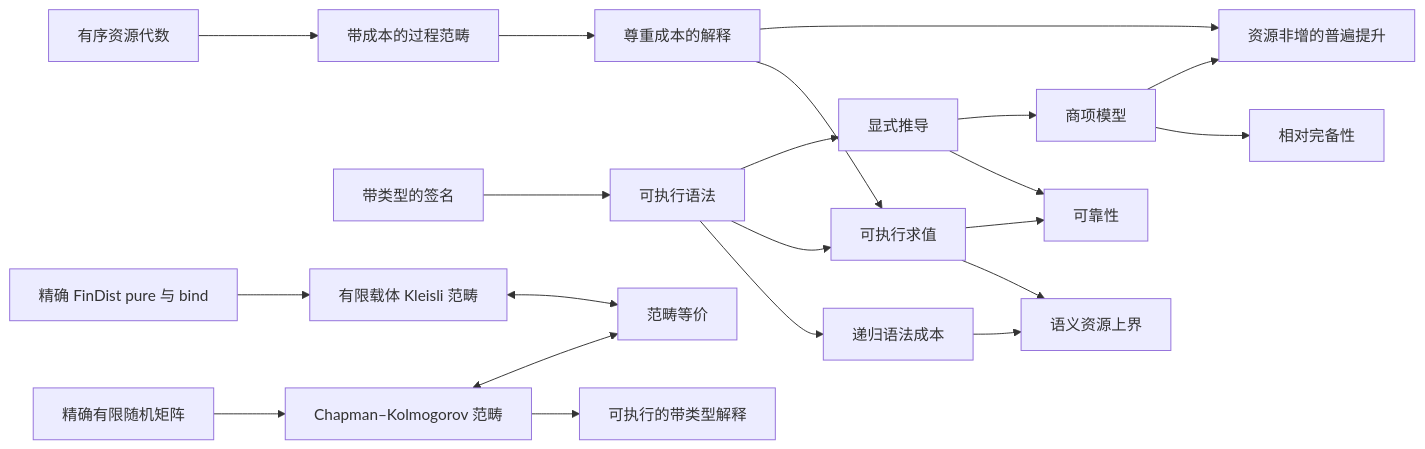
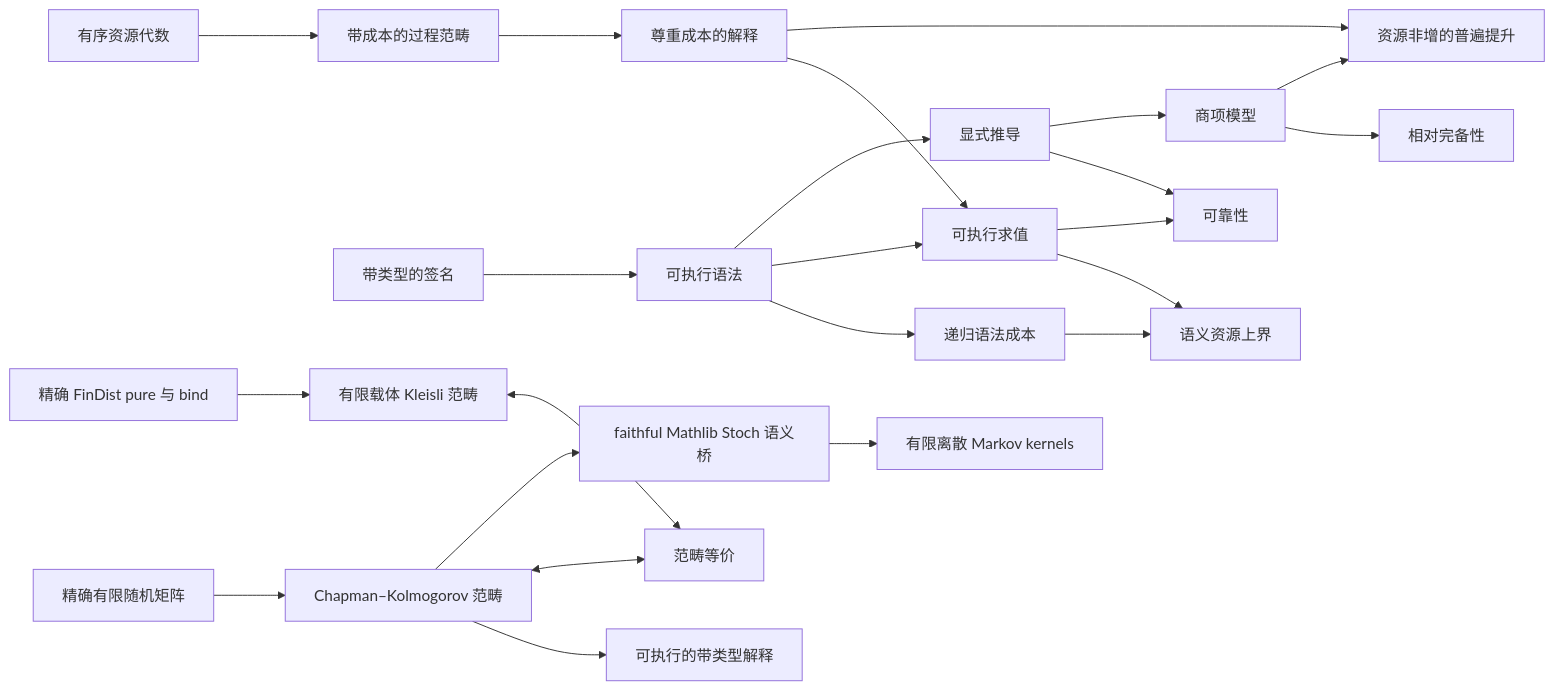
One commit to miuchan/ript changed the diagram in docs/README.zh-CN.md. Above: the diagram before and after it, drawn with Mermaid. The commit also changed other lines of this file and 10 other files, not shown here.

Commit message:
Prove the faithful Mathlib Stoch bridge (#5)

````diff
--- a/docs/README.zh-CN.md
+++ b/docs/README.zh-CN.md
@@ -218,23 +250,25 @@
 ```mermaid
 flowchart LR
   R["有序资源代数"] --> C["带成本的过程范畴"]
   S["带类型的签名"] --> X["可执行语法"]
   X --> K["递归语法成本"]
   C --> I["尊重成本的解释"]
   X --> E["可执行求值"]
   I --> E
   K --> B["语义资源上界"]
   E --> B
   X --> D["显式推导"]
   D --> SO["可靠性"]
   E --> SO
   D --> T["商项模型"]
   T --> CO["相对完备性"]
   I --> U["资源非增的普遍提升"]
   T --> U
   F["精确有限随机矩阵"] --> CK["Chapman–Kolmogorov 范畴"]
   CK --> EX["可执行的带类型解释"]
   FD["精确 FinDist pure 与 bind"] --> KL["有限载体 Kleisli 范畴"]
   CK <--> EQ["范畴等价"]
   KL <--> EQ
+  CK --> ST["faithful Mathlib Stoch 语义桥"]
+  ST --> MT["有限离散 Markov kernels"]
 ```
````
